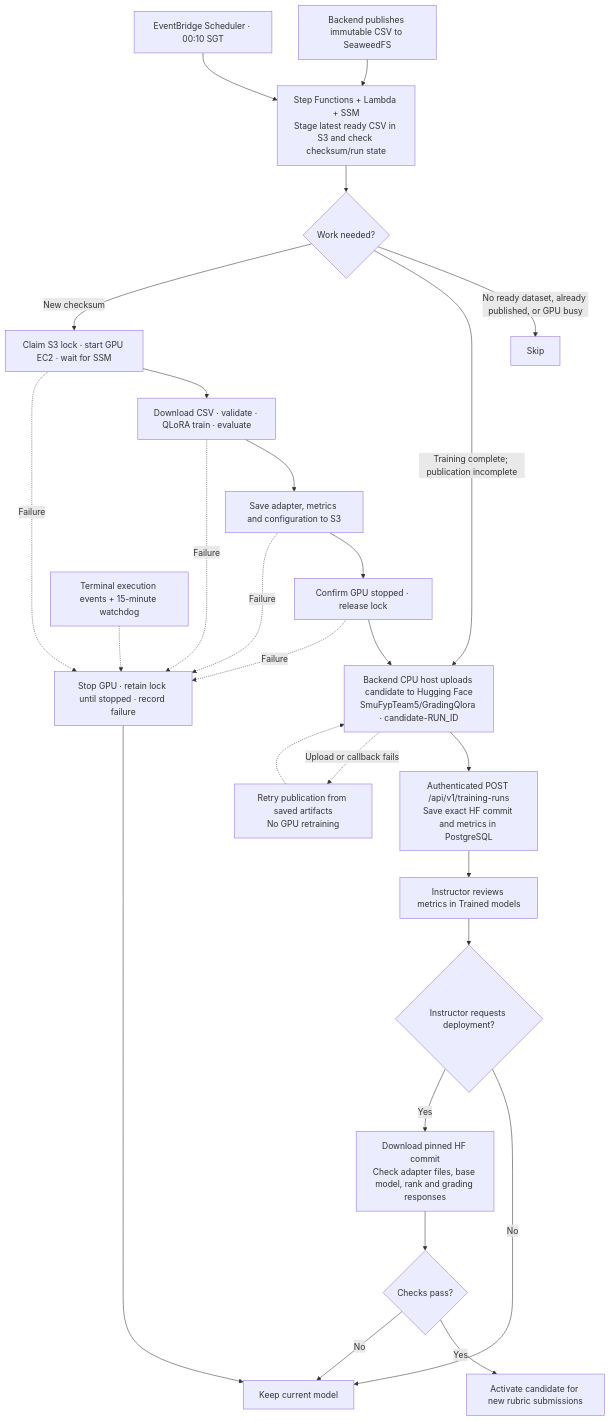
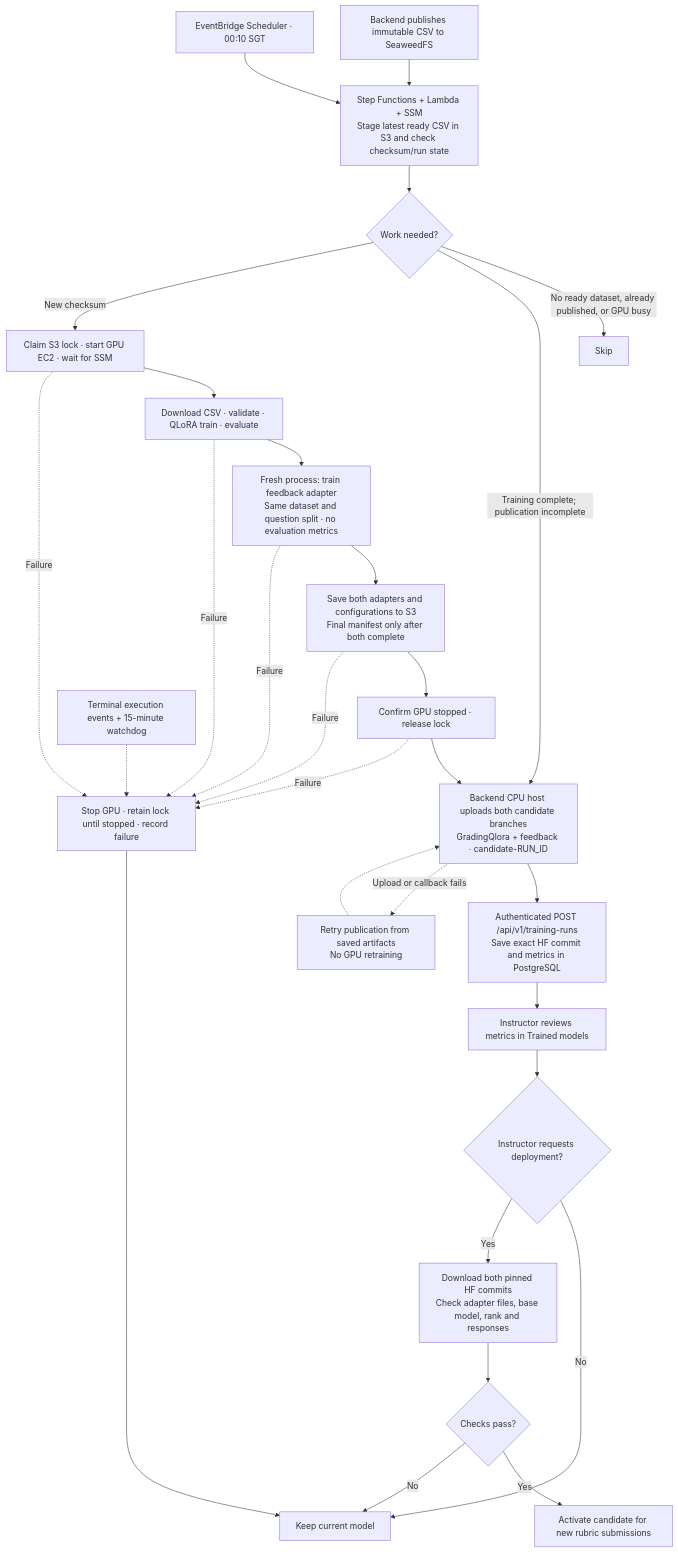
One commit to FYP-Team-5/deployment changed the diagram in autotraining/README.md. Above: the diagram before and after it, drawn with Mermaid. The commit also changed other lines of this file and 11 other files, not shown here.

````diff
--- a/autotraining/README.md
+++ b/autotraining/README.md
@@ -7,29 +7,31 @@
 ```mermaid
 flowchart TD
     Dataset["Backend publishes immutable CSV to SeaweedFS"] --> Check
     Schedule["EventBridge Scheduler · 00:10 SGT"] --> Check["Step Functions + Lambda + SSM<br/>Stage latest ready CSV in S3 and check checksum/run state"]
     Check --> Decision{"Work needed?"}
     Decision -->|"No ready dataset, already published, or GPU busy"| Skip["Skip"]
     Decision -->|"Training complete; publication incomplete"| Publish
     Decision -->|"New checksum"| Start["Claim S3 lock · start GPU EC2 · wait for SSM"]
     Start --> Train["Download CSV · validate · QLoRA train · evaluate"]
-    Train --> Save["Save adapter, metrics and configuration to S3"]
+    Train --> Feedback["Fresh process: train feedback adapter<br/>Same dataset and question split · no evaluation metrics"]
+    Feedback --> Save["Save both adapters and configurations to S3<br/>Final manifest only after both complete"]
     Save --> Stop["Confirm GPU stopped · release lock"]
-    Stop --> Publish["Backend CPU host uploads candidate to Hugging Face<br/>SmuFypTeam5/GradingQlora · candidate-RUN_ID"]
+    Stop --> Publish["Backend CPU host uploads both candidate branches<br/>GradingQlora + feedback · candidate-RUN_ID"]
     Publish --> Callback["Authenticated POST /api/v1/training-runs<br/>Save exact HF commit and metrics in PostgreSQL"]
     Publish -.->|"Upload or callback fails"| Retry["Retry publication from saved artifacts<br/>No GPU retraining"]
     Retry -.-> Publish
     Callback --> Review["Instructor reviews metrics in Trained models"]
     Review --> Deploy{"Instructor requests deployment?"}
     Deploy -->|No| Keep["Keep current model"]
-    Deploy -->|Yes| Verify["Download pinned HF commit<br/>Check adapter files, base model, rank and grading responses"]
+    Deploy -->|Yes| Verify["Download both pinned HF commits<br/>Check adapter files, base model, rank and responses"]
     Verify --> Passed{"Checks pass?"}
     Passed -->|Yes| Activate["Activate candidate for new rubric submissions"]
     Passed -->|No| Keep
     Start -.->|Failure| Cleanup["Stop GPU · retain lock until stopped · record failure"]
     Train -.->|Failure| Cleanup
+    Feedback -.->|Failure| Cleanup
     Save -.->|Failure| Cleanup
     Stop -.->|Failure| Cleanup
     Recovery["Terminal execution events + 15-minute watchdog"] -.-> Cleanup
     Cleanup --> Keep
 ```
````
